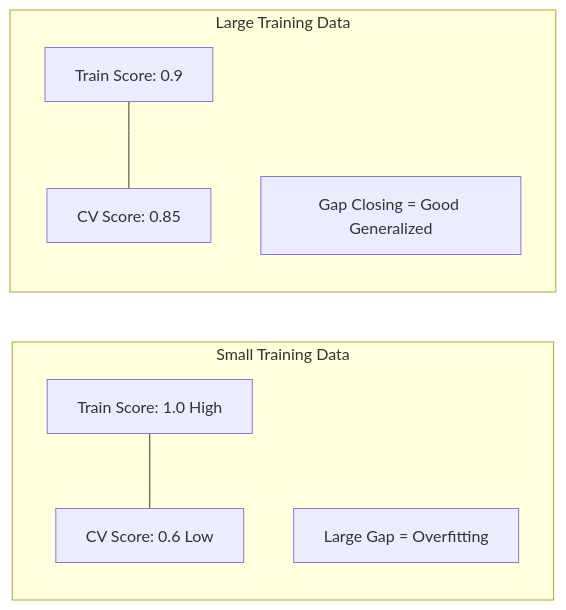
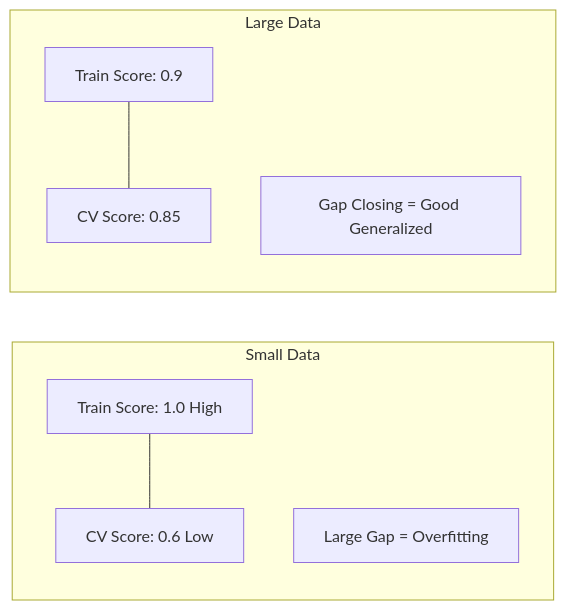
Before and after one commit to antonprafanto/dasarAI2026: the ninth of 11 diagrams in bab-09-evaluasi.md, drawn with Mermaid. The commit also changed other lines of this file, not shown here.

Commit message:
Fix: Shorten Mermaid subgraph titles to prevent text overlap

````diff
--- a/bab-09-evaluasi.md
+++ b/bab-09-evaluasi.md
@@ -498,19 +496,19 @@
 ```mermaid
 graph LR
-    subgraph Small_Data [Small Training Data]
+    subgraph Small_Data [Small Data]
         direction TB
         S1[Train Score: 1.0 High]
         S2[CV Score: 0.6 Low]
         S1 --- S2
         Result1[Large Gap = Overfitting]
     end
 
-    subgraph Big_Data [Large Training Data]
+    subgraph Big_Data [Large Data]
         direction TB
         B1[Train Score: 0.9]
         B2[CV Score: 0.85]
         B1 --- B2
         Result2[Gap Closing = Good Generalized]
     end
 
 ```
````
